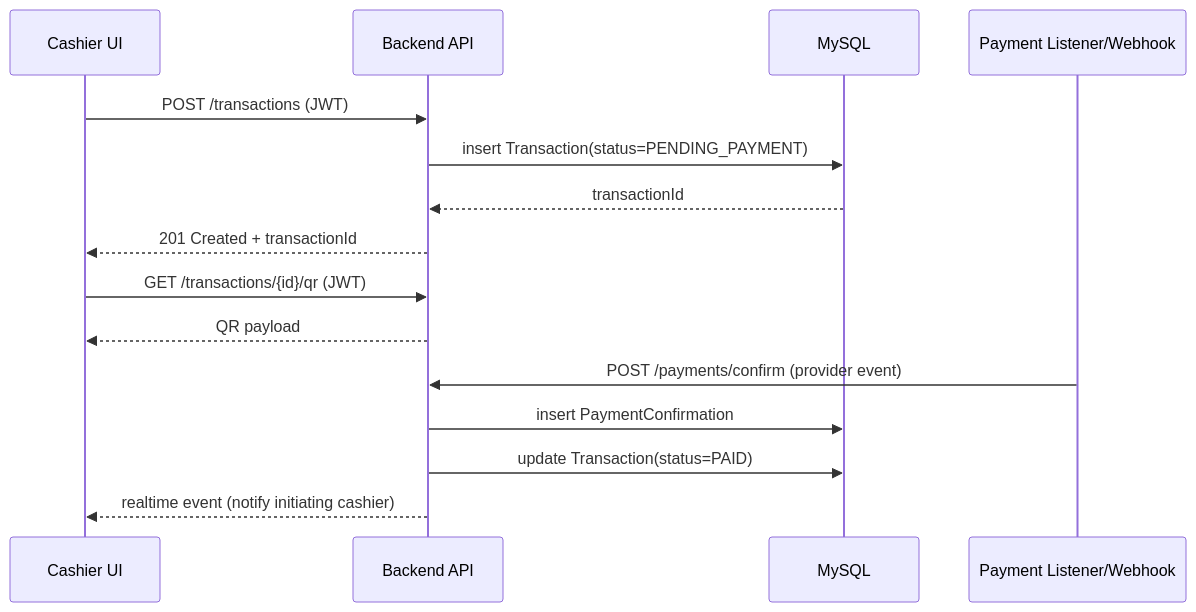
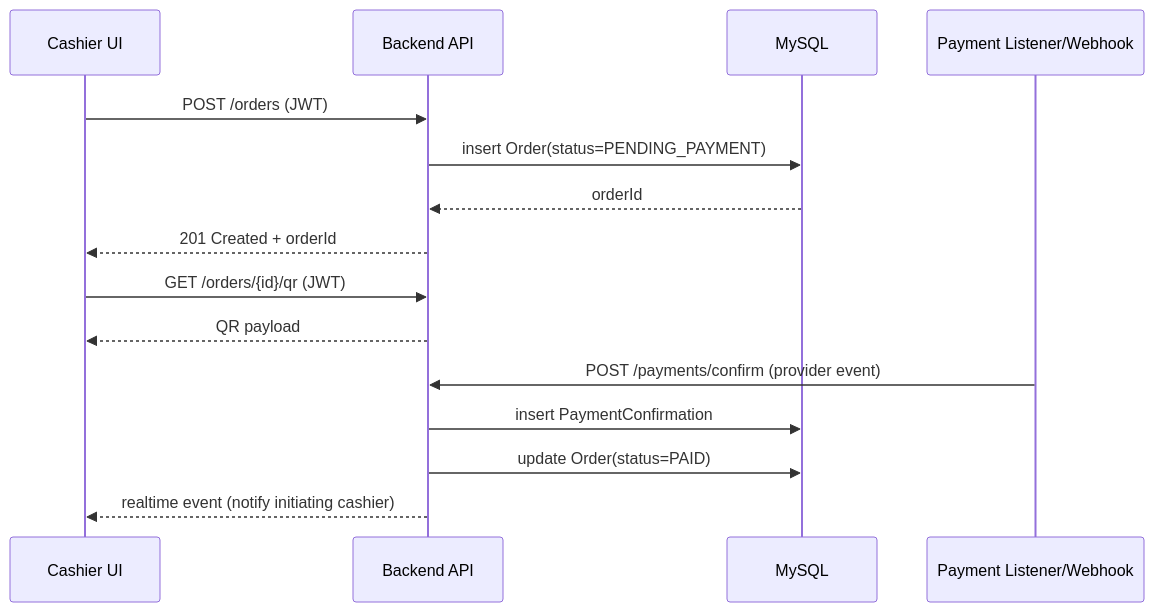
Before and after one commit to sothyvan/TOUB_POS: the fifth of 5 diagrams in context/software-engineering.md, drawn with Mermaid. The commit also changed other lines of this file and 4 other files, not shown here.

````diff
--- a/context/software-engineering.md
+++ b/context/software-engineering.md
@@ -270,20 +315,20 @@
 ```mermaid
 sequenceDiagram
   participant C as Cashier UI
   participant API as Backend API
   participant DB as MySQL
   participant L as Payment Listener/Webhook
 
-  C->>API: POST /transactions (JWT)
-  API->>DB: insert Transaction(status=PENDING_PAYMENT)
-  DB-->>API: transactionId
-  API-->>C: 201 Created + transactionId
+  C->>API: POST /orders (JWT)
+  API->>DB: insert Order(status=PENDING_PAYMENT)
+  DB-->>API: orderId
+  API-->>C: 201 Created + orderId
 
-  C->>API: GET /transactions/{id}/qr (JWT)
+  C->>API: GET /orders/{id}/qr (JWT)
   API-->>C: QR payload
 
   L->>API: POST /payments/confirm (provider event)
   API->>DB: insert PaymentConfirmation
-  API->>DB: update Transaction(status=PAID)
+  API->>DB: update Order(status=PAID)
   API-->>C: realtime event (notify initiating cashier)
 ```
````
